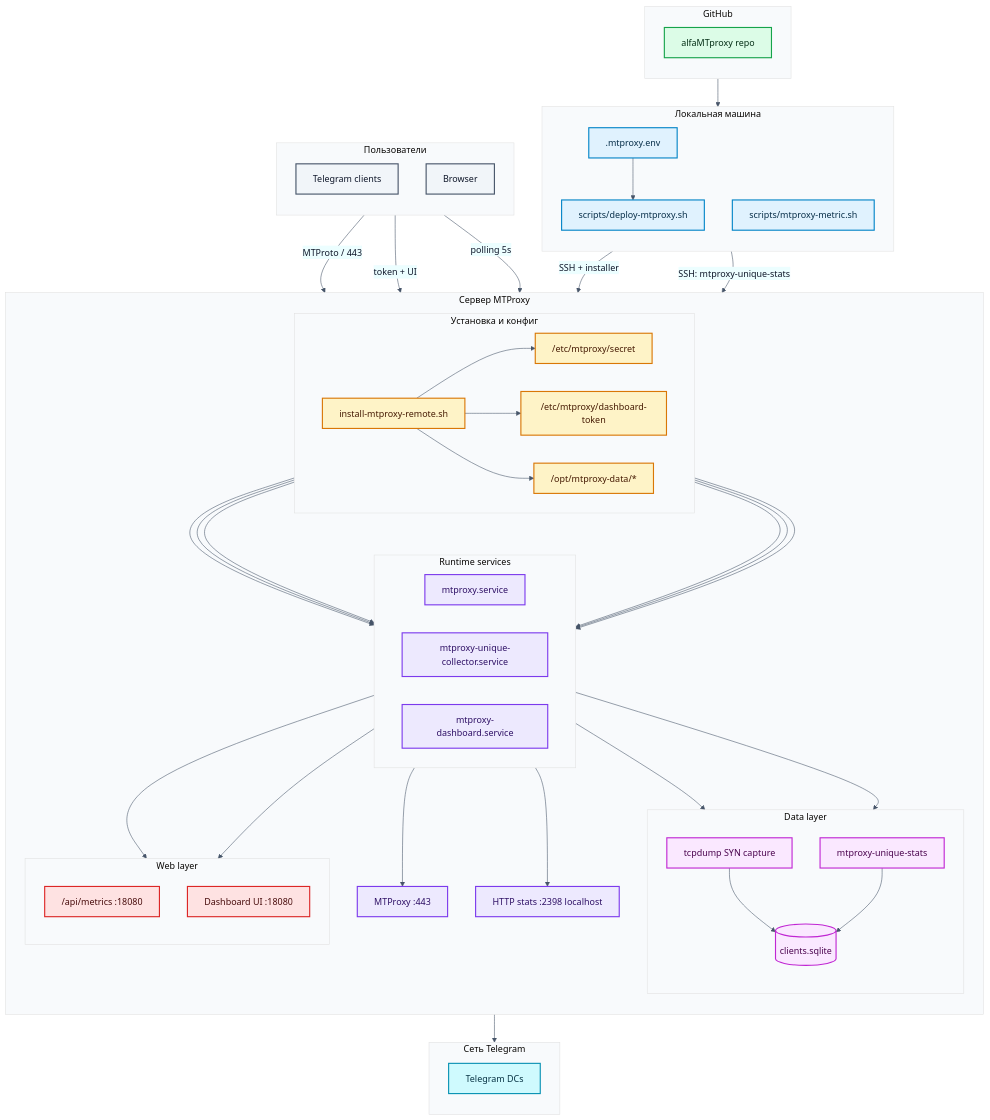
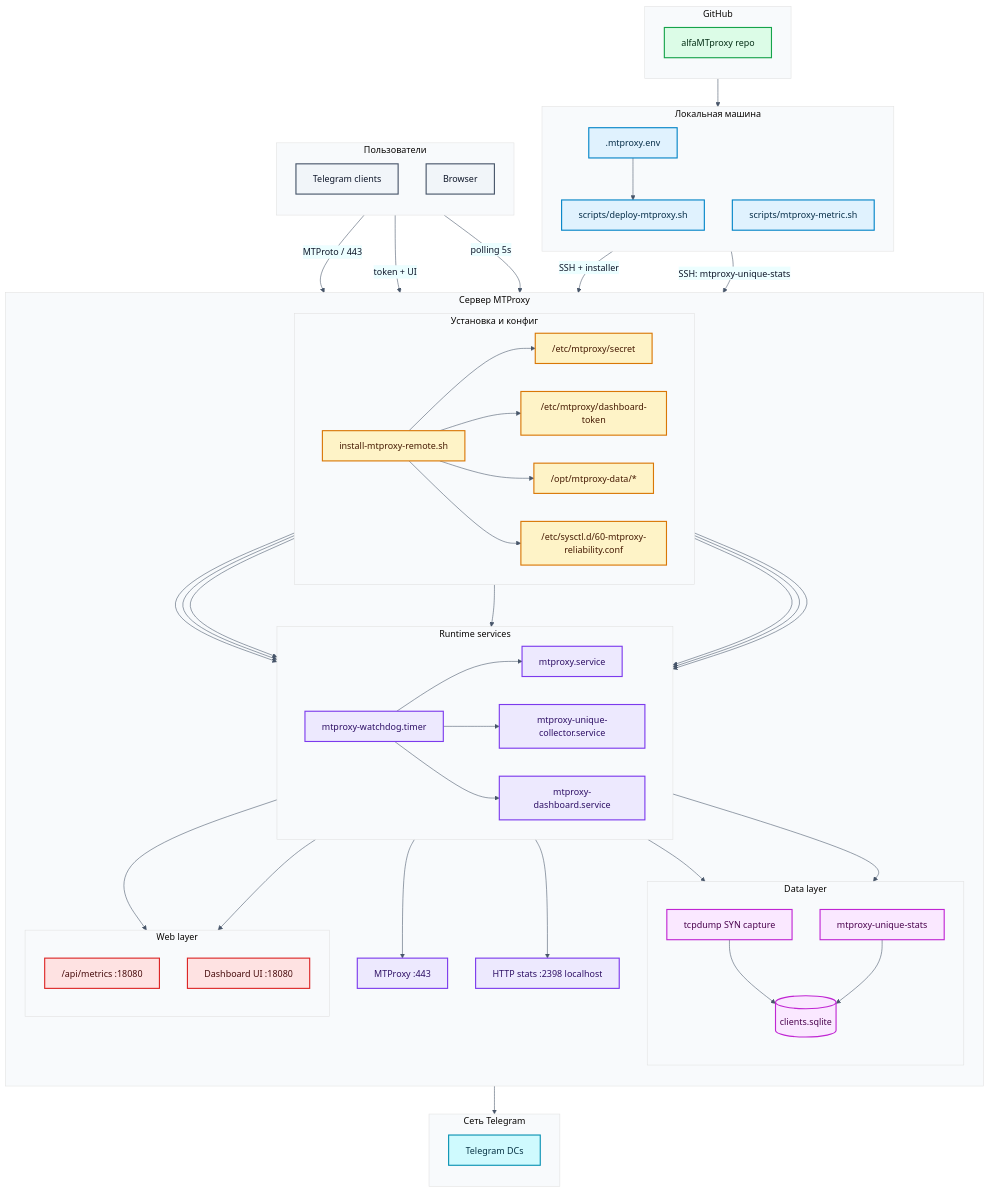
The diagram in docs/architecture.md (arseniikarlov/alfaMTproxy), drawn with Mermaid before and after one commit. The commit also changed other lines of this file and 3 other files, not shown here.

Commit message:
Add MTProxy watchdog and reliability guardrails

```diff
--- a/docs/architecture.md
+++ b/docs/architecture.md
@@ -37,9 +37,11 @@
             SECRET["/etc/mtproxy/secret"]
             TOKEN["/etc/mtproxy/dashboard-token"]
             TGCONF["/opt/mtproxy-data/*"]
+            SYSCTL["/etc/sysctl.d/60-mtproxy-reliability.conf"]
             INSTALL --> SECRET
             INSTALL --> TOKEN
             INSTALL --> TGCONF
+            INSTALL --> SYSCTL
         end
 
         subgraph RUNTIME["Runtime services"]
@@ -47,6 +49,7 @@
             MTSVC["mtproxy.service"]
             COLSVC["mtproxy-unique-collector.service"]
             DASHSVC["mtproxy-dashboard.service"]
+            WATCHDOG["mtproxy-watchdog.timer"]
         end
 
         subgraph DATA["Data layer"]
@@ -70,6 +73,7 @@
         INSTALL --> MTSVC
         INSTALL --> COLSVC
         INSTALL --> DASHSVC
+        INSTALL --> WATCHDOG
         SECRET --> MTSVC
         TGCONF --> MTSVC
         TOKEN --> DASHSVC
@@ -81,6 +85,9 @@
         DASHSVC --> DB
         DASHSVC --> API
         DASHSVC --> UI
+        WATCHDOG --> MTSVC
+        WATCHDOG --> COLSVC
+        WATCHDOG --> DASHSVC
     end
 
     subgraph USERS["Пользователи"]
@@ -115,8 +122,8 @@
 
     class ENV,DEPLOY,CLI local;
     class REPO git;
-    class INSTALL,SECRET,TOKEN,TGCONF install;
-    class MTSVC,COLSVC,DASHSVC,PROXY,LOCALSTATS runtime;
+    class INSTALL,SECRET,TOKEN,TGCONF,SYSCTL install;
+    class MTSVC,COLSVC,DASHSVC,WATCHDOG,PROXY,LOCALSTATS runtime;
     class TCPDUMP,DB,STATS data;
     class API,UI web;
     class TGCLIENT,BROWSER user;
```
